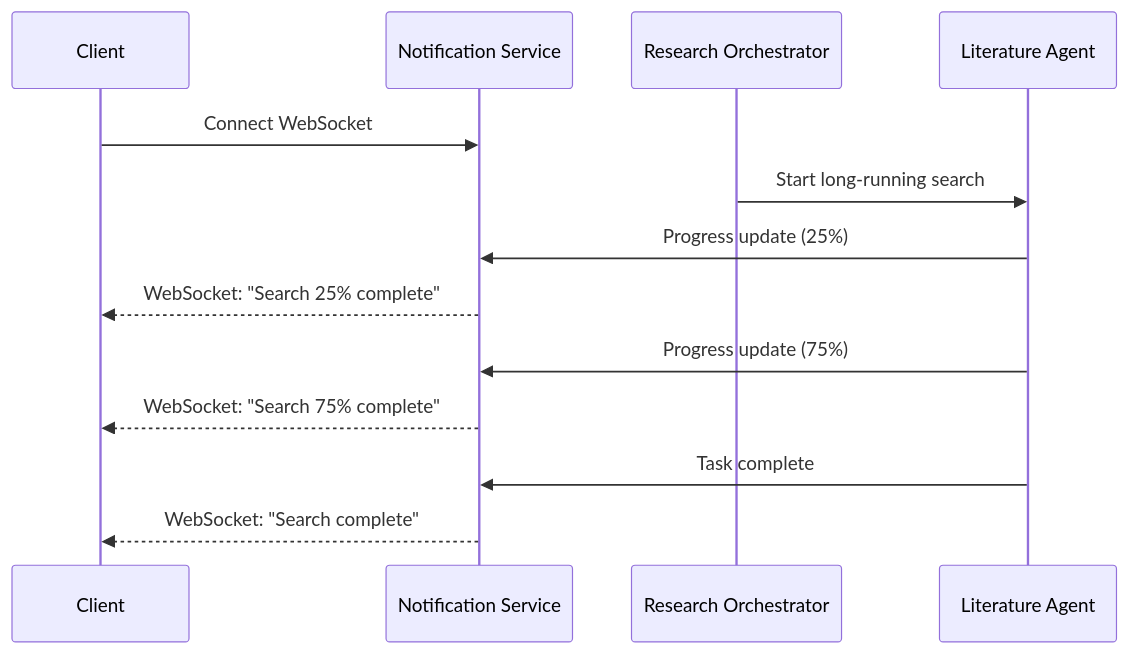
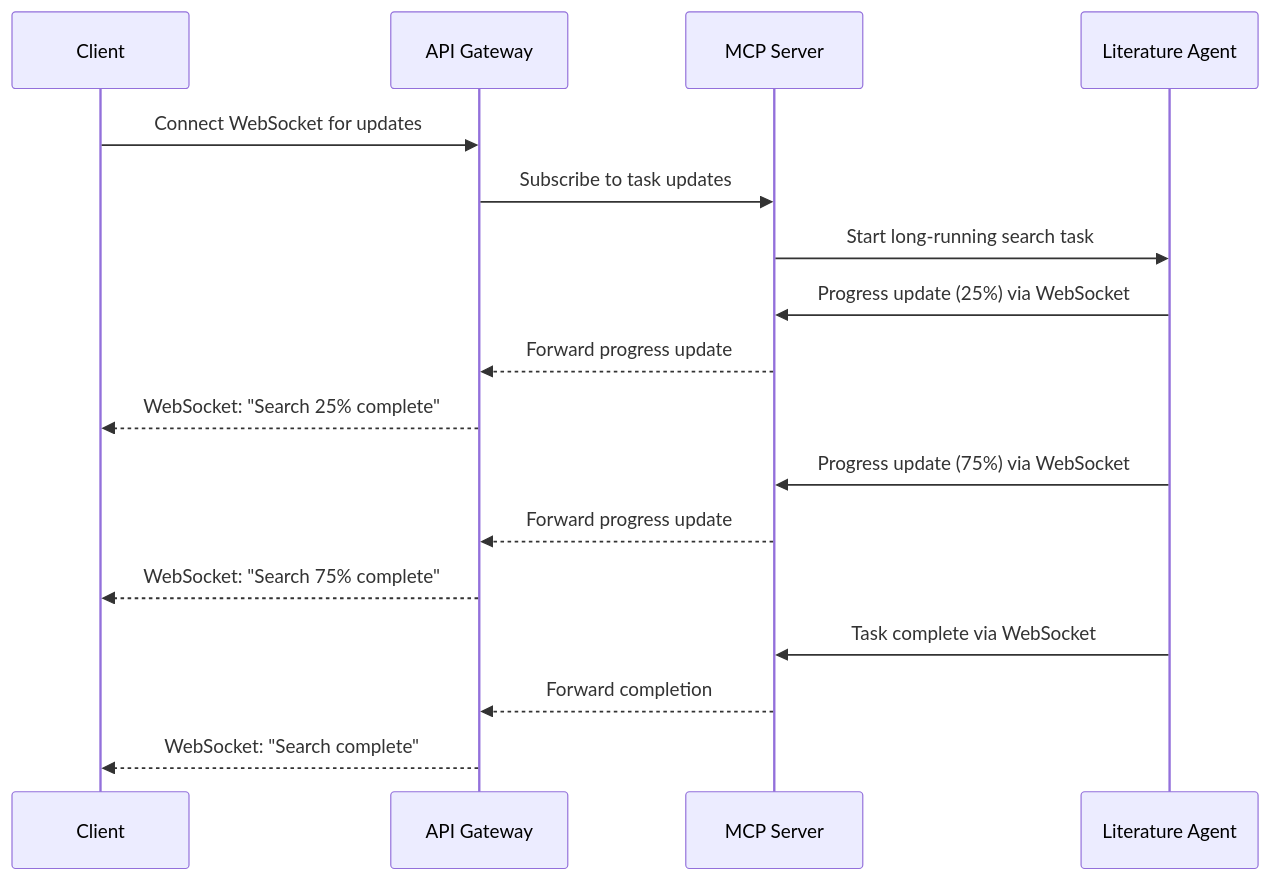
One commit to pzanna/Collaborate changed the fourth of 4 diagrams in docs/PHASE3_SERVICE_ARCHITECTURE.md. Above: the diagram before and after it, drawn with Mermaid. The commit also changed other lines of this file and 15 other files, not shown here.

First line of the commit message:
Refactor Phase 3 docs and add MCP server service

````diff
--- a/docs/PHASE3_SERVICE_ARCHITECTURE.md
+++ b/docs/PHASE3_SERVICE_ARCHITECTURE.md
@@ -481,16 +513,20 @@
 ```mermaid
 sequenceDiagram
     participant Client
-    participant Notification as Notification Service
-    participant Orchestrator as Research Orchestrator
+    participant Gateway as API Gateway
+    participant MCP as MCP Server
     participant Literature as Literature Agent
 
-    Client->>Notification: Connect WebSocket
-    Orchestrator->>Literature: Start long-running search
-    Literature->>Notification: Progress update (25%)
-    Notification-->>Client: WebSocket: "Search 25% complete"
-    Literature->>Notification: Progress update (75%)
-    Notification-->>Client: WebSocket: "Search 75% complete"
-    Literature->>Notification: Task complete
-    Notification-->>Client: WebSocket: "Search complete"
+    Client->>Gateway: Connect WebSocket for updates
+    Gateway->>MCP: Subscribe to task updates
+    MCP->>Literature: Start long-running search task
+    Literature->>MCP: Progress update (25%) via WebSocket
+    MCP-->>Gateway: Forward progress update
+    Gateway-->>Client: WebSocket: "Search 25% complete"
+    Literature->>MCP: Progress update (75%) via WebSocket
+    MCP-->>Gateway: Forward progress update
+    Gateway-->>Client: WebSocket: "Search 75% complete"
+    Literature->>MCP: Task complete via WebSocket
+    MCP-->>Gateway: Forward completion
+    Gateway-->>Client: WebSocket: "Search complete"
 ```
````
